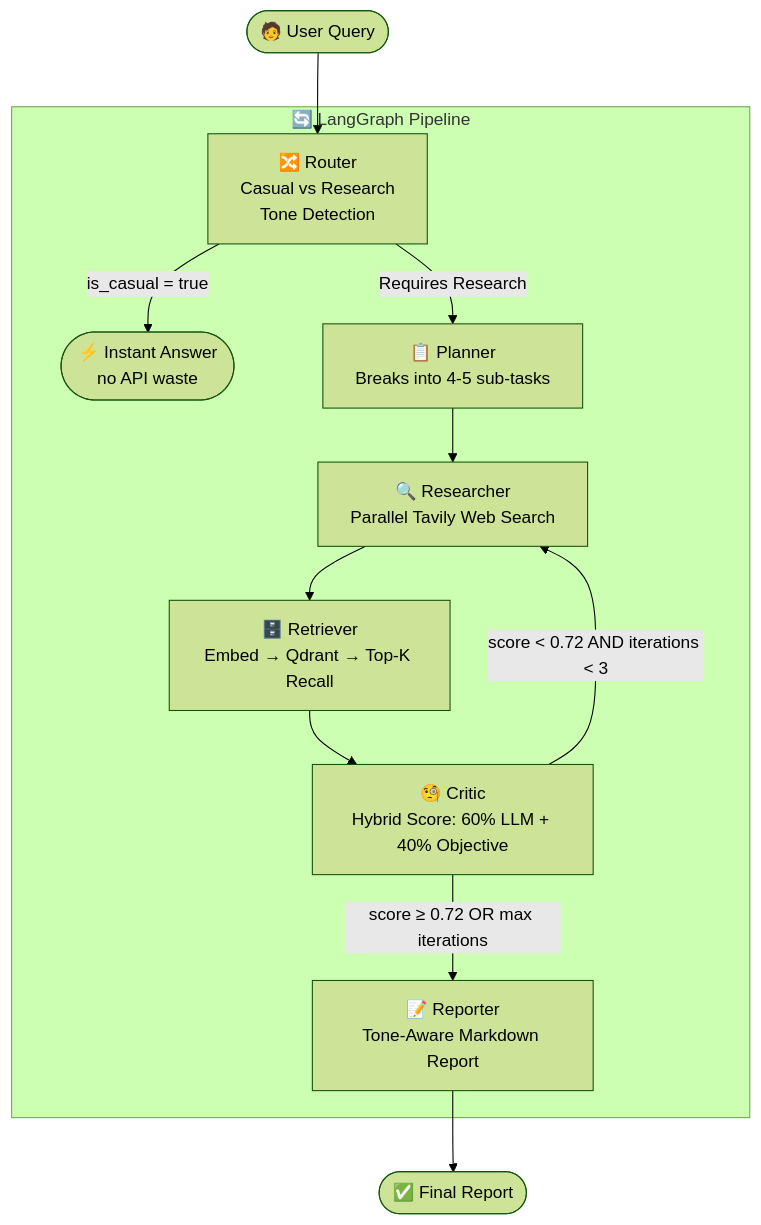
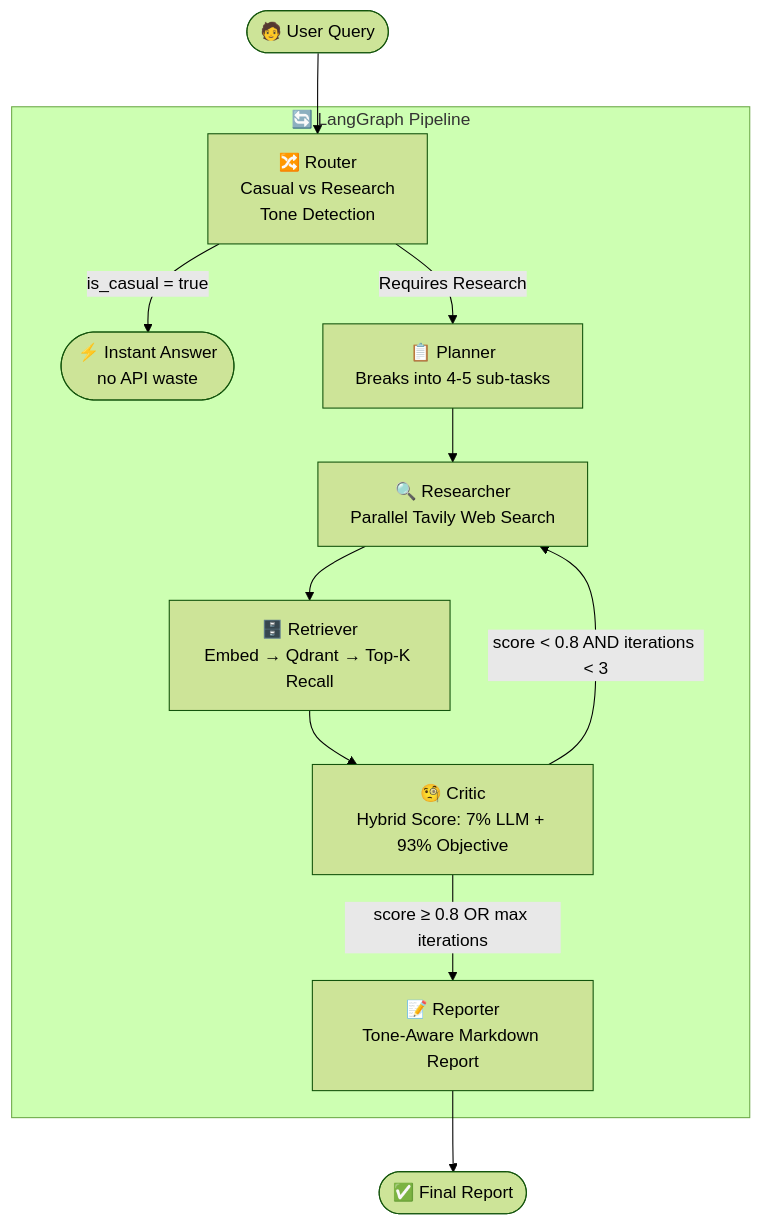
Before and after one commit to HariChandran7177-git/multi-agent-research-assistant: the diagram in README.md, drawn with Mermaid (forest theme). The commit also changed other lines of this file and 31 other files, not shown here.

````diff
--- a/README.md
+++ b/README.md
@@ -93,17 +93,17 @@
 ```mermaid
 flowchart TD
     A([🧑 User Query]) --> B
 
     subgraph Pipeline ["🔄 LangGraph Pipeline"]
         B[🔀 Router\nCasual vs Research\nTone Detection]
         B -- is_casual = true --> Z1([⚡ Instant Answer\nno API waste])
         B -- Requires Research --> C[📋 Planner\nBreaks into 4-5 sub-tasks]
         C --> D[🔍 Researcher\nParallel Tavily Web Search]
         D --> E[🗄️ Retriever\nEmbed → Qdrant → Top-K Recall]
-        E --> F[🧐 Critic\nHybrid Score: 60% LLM + 40% Objective]
-        F -- score < 0.72 AND iterations < 3 --> D
-        F -- score ≥ 0.72 OR max iterations --> G[📝 Reporter\nTone-Aware Markdown Report]
+        E --> F[🧐 Critic\nHybrid Score: 7% LLM + 93% Objective]
+        F -- score < 0.8 AND iterations < 3 --> D
+        F -- score ≥ 0.8 OR max iterations --> G[📝 Reporter\nTone-Aware Markdown Report]
     end
 
     G --> Z2([✅ Final Report])
 ```
````
